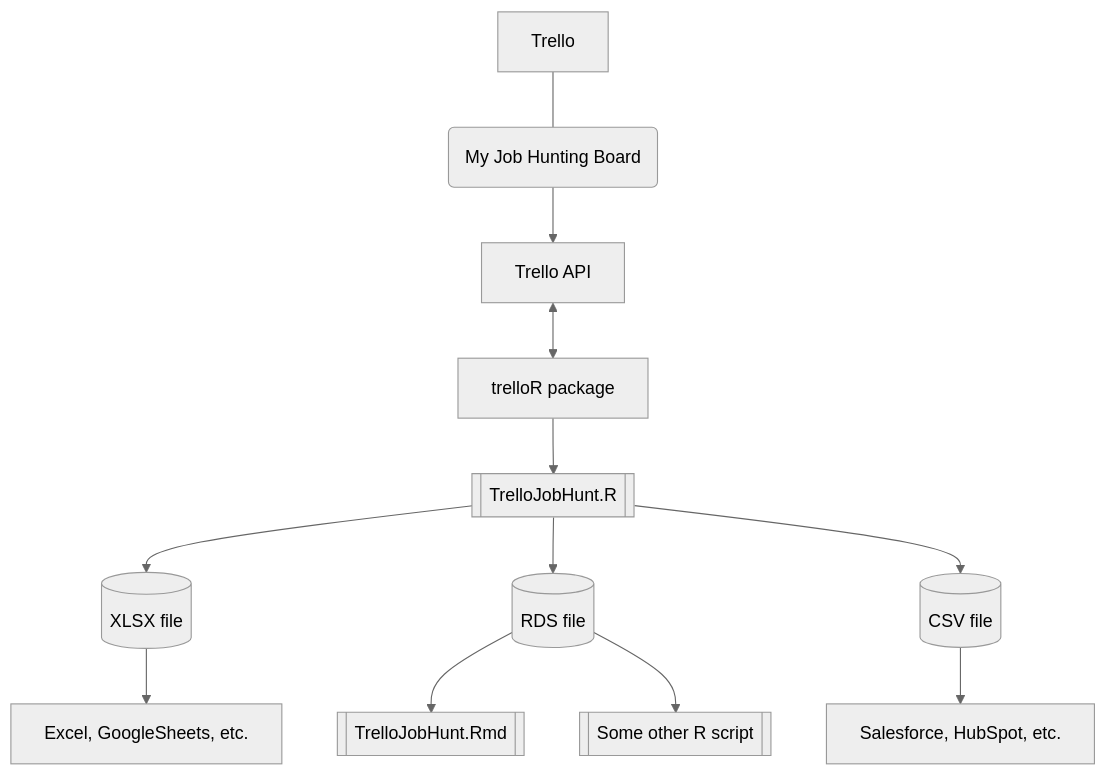
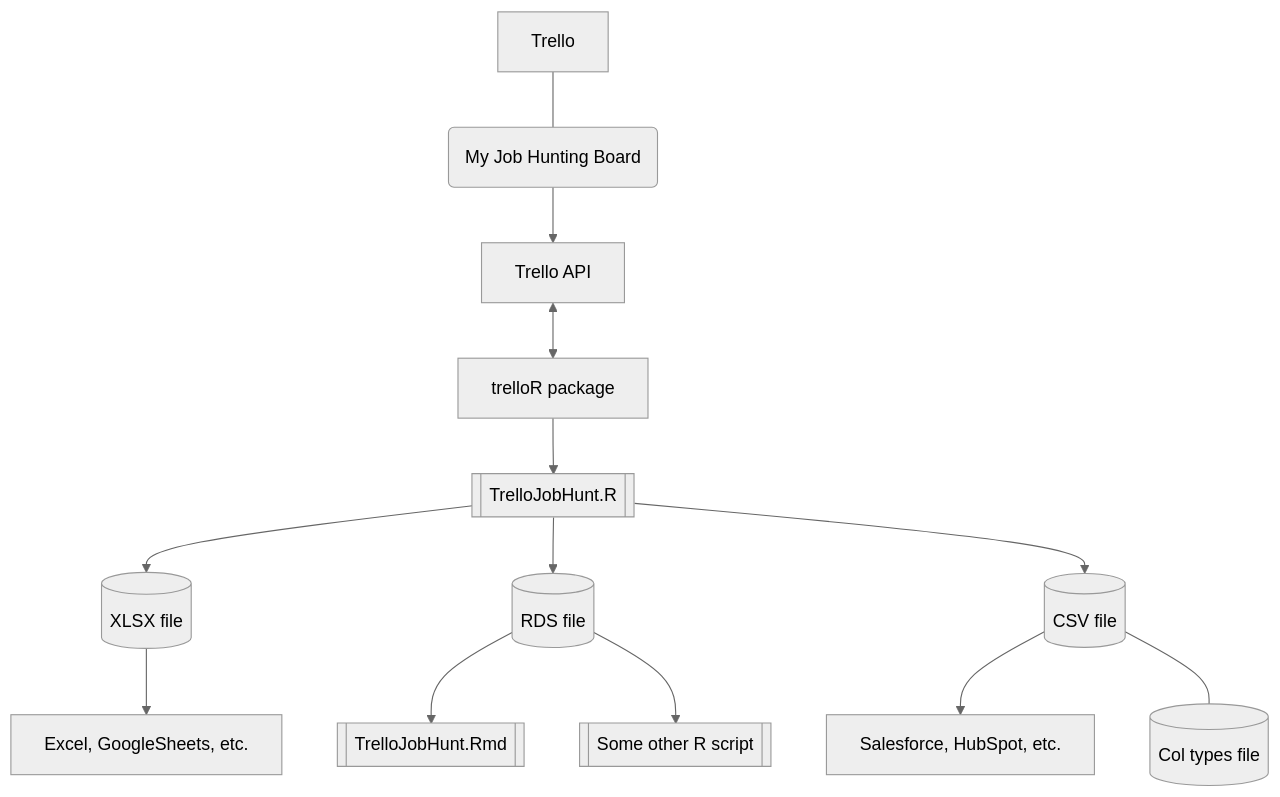
One commit to ccowens/trello-dump changed the first of 2 diagrams in README.md. Above: the diagram before and after it, drawn with Mermaid (neutral theme). The commit also changed other lines of this file, not shown here.

````diff
--- a/README.md
+++ b/README.md
@@ -9,15 +9,16 @@
 ```mermaid
 graph 
     Z[Trello] --- Y(My Job Hunting Board)
     Y --> X[Trello API] 
     X <--> W[trelloR package] 
     W --> A
     A[[TrelloJobHunt.R]] --> B[(XLSX file)]
     A --> C[(RDS file)]
     A --> G[(CSV file)]
     B --> D[Excel, GoogleSheets, etc.]
     C --> E[[TrelloJobHunt.Rmd]]
     C --> F[[Some other R script]]
     G --> H[Salesforce, HubSpot, etc.]
+    G --- I[(Col types file)]
    
 ```
````
